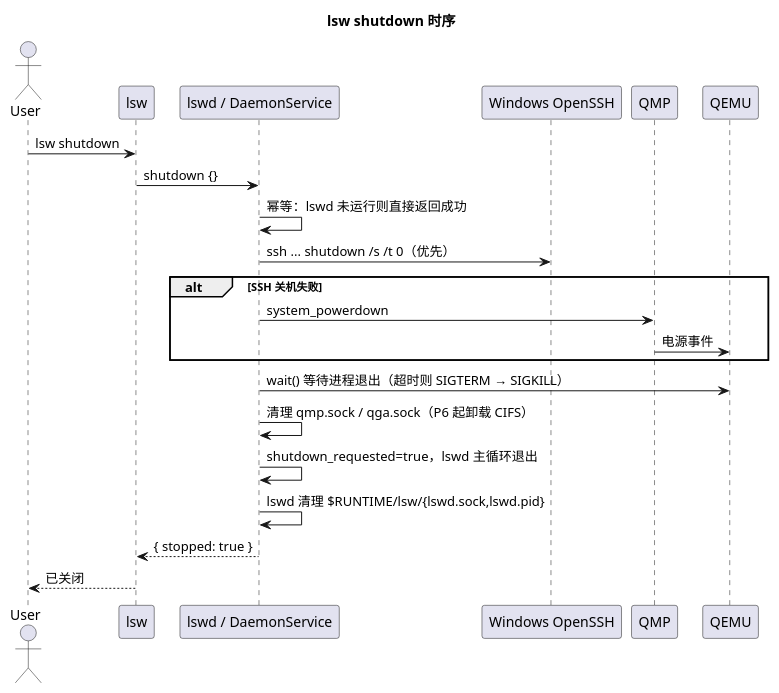
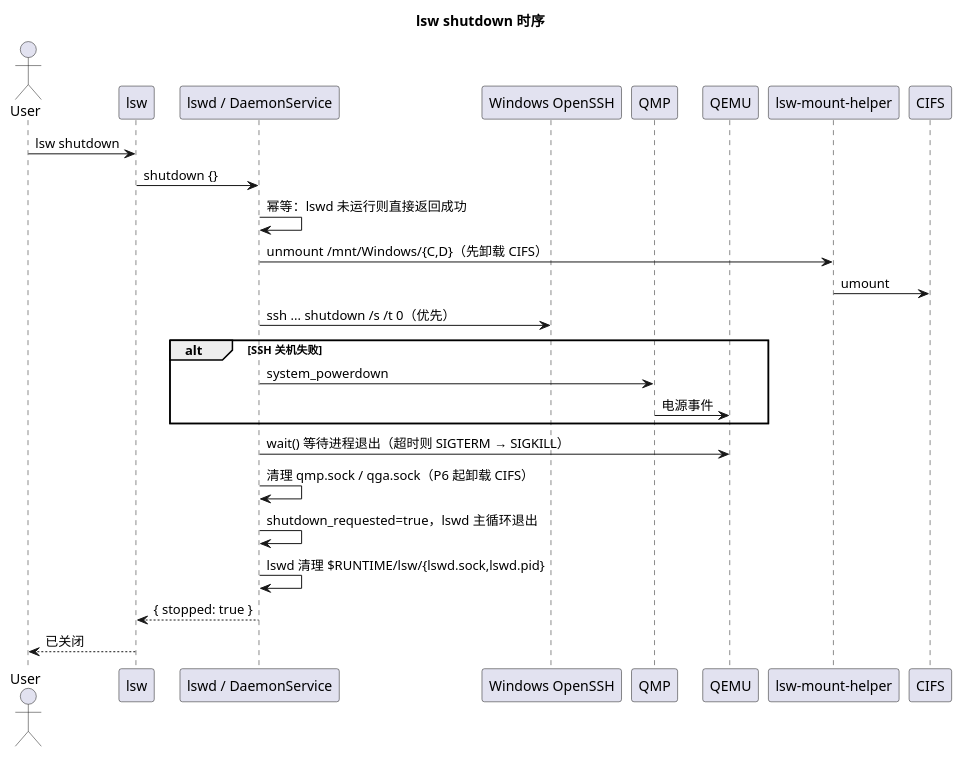
Before and after one commit to yunzheyue-star/lsw: the diagram in docs/diagrams/sequence-shutdown.puml, drawn with PlantUML. The commit also changed 53 other files, not shown here.

```diff
--- a/docs/diagrams/sequence-shutdown.puml
+++ b/docs/diagrams/sequence-shutdown.puml
@@ -1,24 +1,28 @@
 @startuml
 title lsw shutdown 时序
 actor User
 participant "lsw" as CLI
 participant "lswd / DaemonService" as Daemon
 participant "Windows OpenSSH" as WinSSH
 participant "QMP" as QMP
 participant "QEMU" as QEMU
+participant "lsw-mount-helper" as Helper
+participant "CIFS" as CIFS
 
 User -> CLI : lsw shutdown
 CLI -> Daemon : shutdown {}
 Daemon -> Daemon : 幂等：lswd 未运行则直接返回成功
+Daemon -> Helper : unmount /mnt/Windows/{C,D}（先卸载 CIFS）
+Helper -> CIFS : umount
 Daemon -> WinSSH : ssh ... shutdown /s /t 0（优先）
 alt SSH 关机失败
   Daemon -> QMP : system_powerdown
   QMP -> QEMU : 电源事件
 end
 Daemon -> QEMU : wait() 等待进程退出（超时则 SIGTERM → SIGKILL）
 Daemon -> Daemon : 清理 qmp.sock / qga.sock（P6 起卸载 CIFS）
 Daemon -> Daemon : shutdown_requested=true，lswd 主循环退出
 Daemon -> Daemon : lswd 清理 $RUNTIME/lsw/{lswd.sock,lswd.pid}
 Daemon --> CLI : { stopped: true }
 CLI --> User : 已关闭
 @enduml
```
